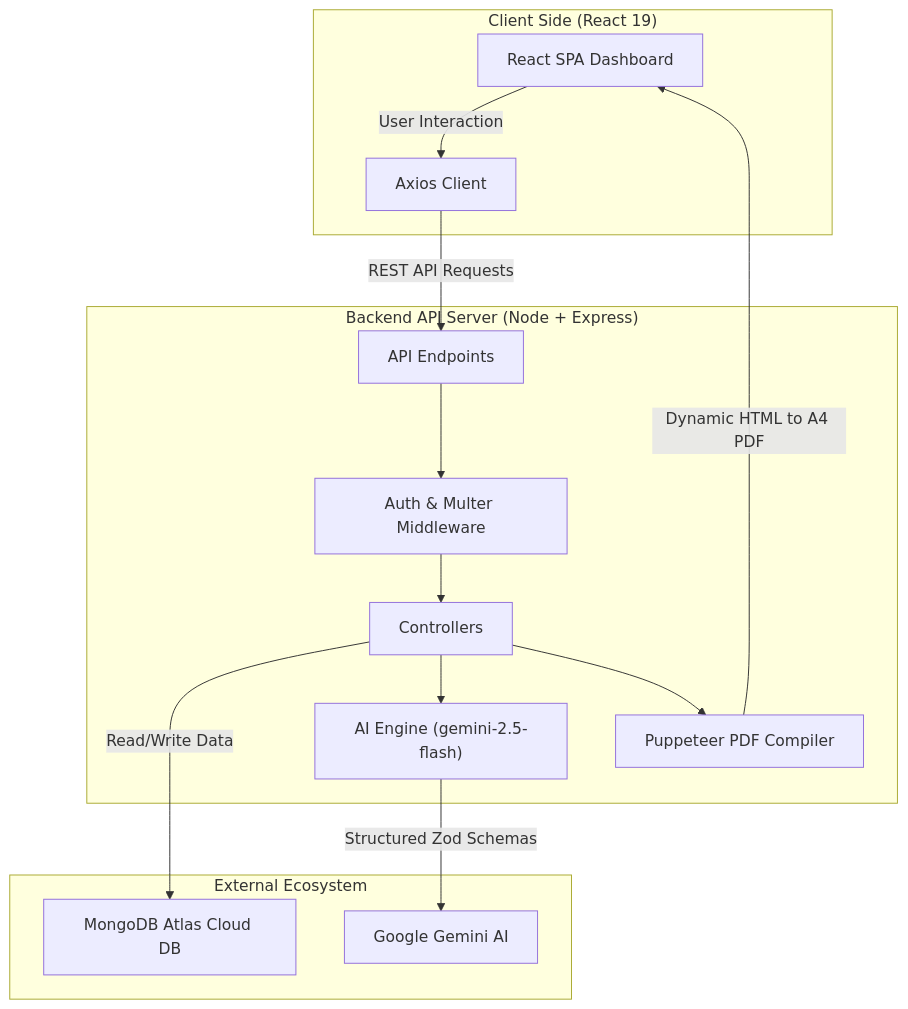
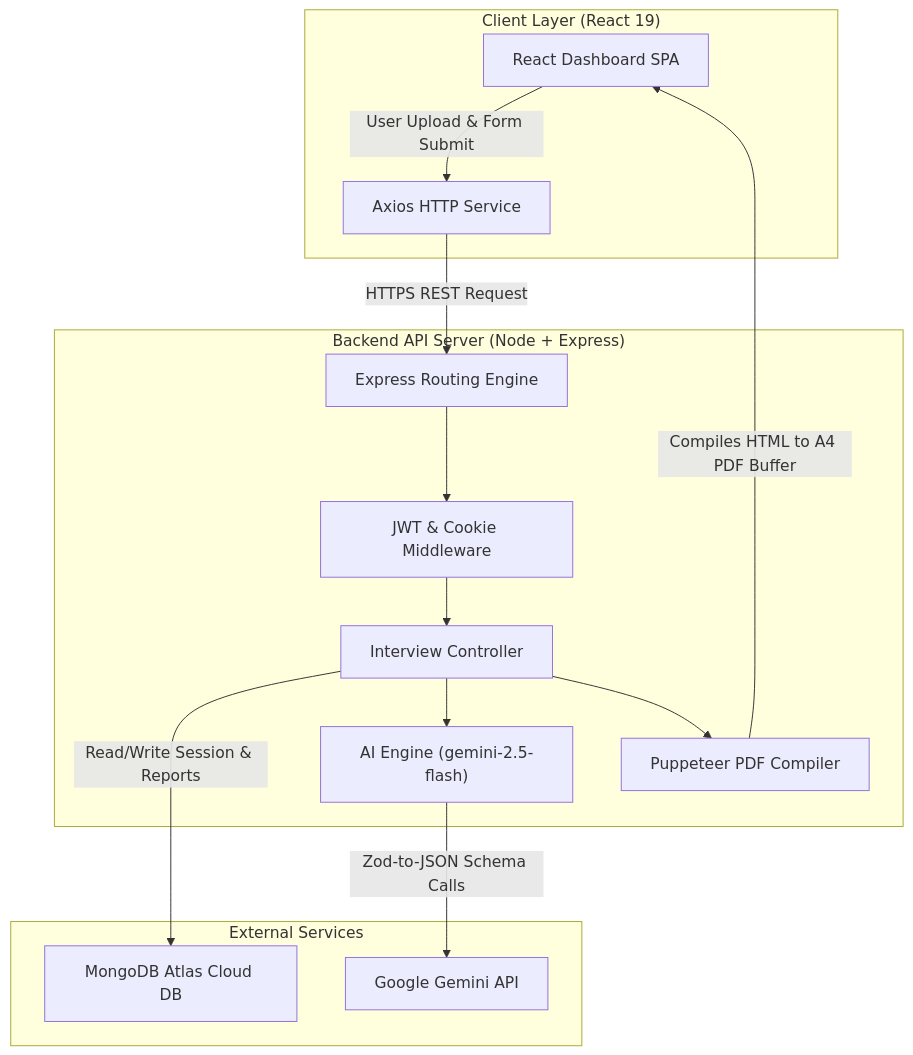
One commit to deepakofficial34/TalentSync-AI changed the first of 2 diagrams in README.md. Above: the diagram before and after it, drawn with Mermaid. The commit also changed other lines of this file, not shown here.

````diff
--- a/README.md
+++ b/README.md
@@ -11,30 +69,30 @@
 ```mermaid
 graph TD
-    subgraph Client ["Client Side (React 19)"]
-        UI["React SPA Dashboard"]
-        Axios["Axios Client"]
+    subgraph Client ["Client Layer (React 19)"]
+        UI["React Dashboard SPA"]
+        AxiosClient["Axios HTTP Service"]
     end
 
     subgraph API ["Backend API Server (Node + Express)"]
-        Routes["API Endpoints"]
-        Middleware["Auth & Multer Middleware"]
-        Controllers["Controllers"]
+        Router["Express Routing Engine"]
+        AuthMid["JWT & Cookie Middleware"]
+        Controller["Interview Controller"]
         AIService["AI Engine (gemini-2.5-flash)"]
         PDFGen["Puppeteer PDF Compiler"]
     end
 
-    subgraph Data ["External Ecosystem"]
-        Gemini["Google Gemini AI"]
+    subgraph External ["External Services"]
+        Gemini["Google Gemini API"]
         MongoDB["MongoDB Atlas Cloud DB"]
     end
 
-    UI -->|User Interaction| Axios
-    Axios -->|REST API Requests| Routes
-    Routes --> Middleware
-    Middleware --> Controllers
-    Controllers -->|Read/Write Data| MongoDB
-    Controllers --> AIService
-    AIService -->|Structured Zod Schemas| Gemini
-    Controllers --> PDFGen
-    PDFGen -->|Dynamic HTML to A4 PDF| UI
+    UI -->|User Upload & Form Submit| AxiosClient
+    AxiosClient -->|HTTPS REST Request| Router
+    Router --> AuthMid
+    AuthMid --> Controller
+    Controller -->|Read/Write Session & Reports| MongoDB
+    Controller --> AIService
+    AIService -->|Zod-to-JSON Schema Calls| Gemini
+    Controller --> PDFGen
+    PDFGen -->|Compiles HTML to A4 PDF Buffer| UI
 ```
````
